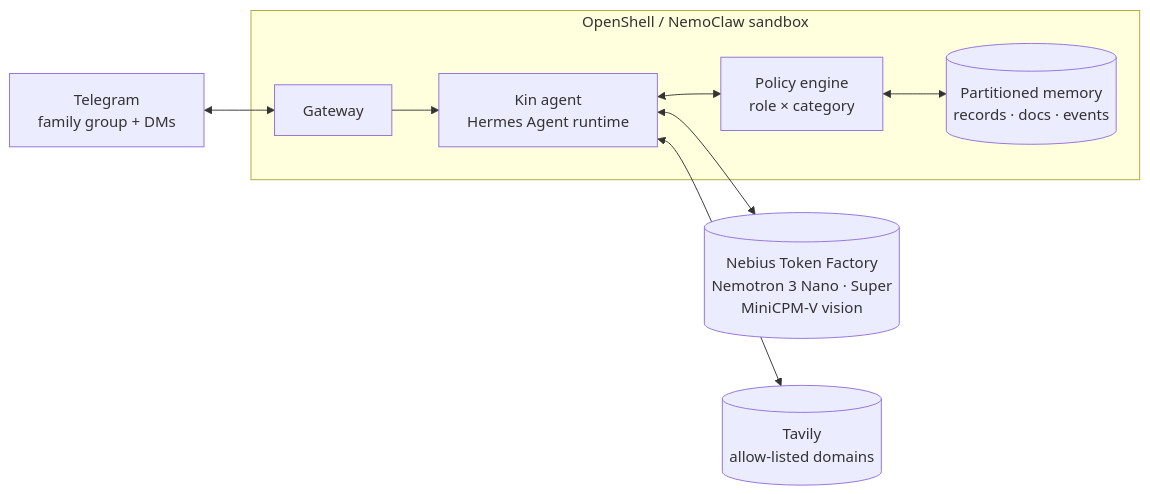
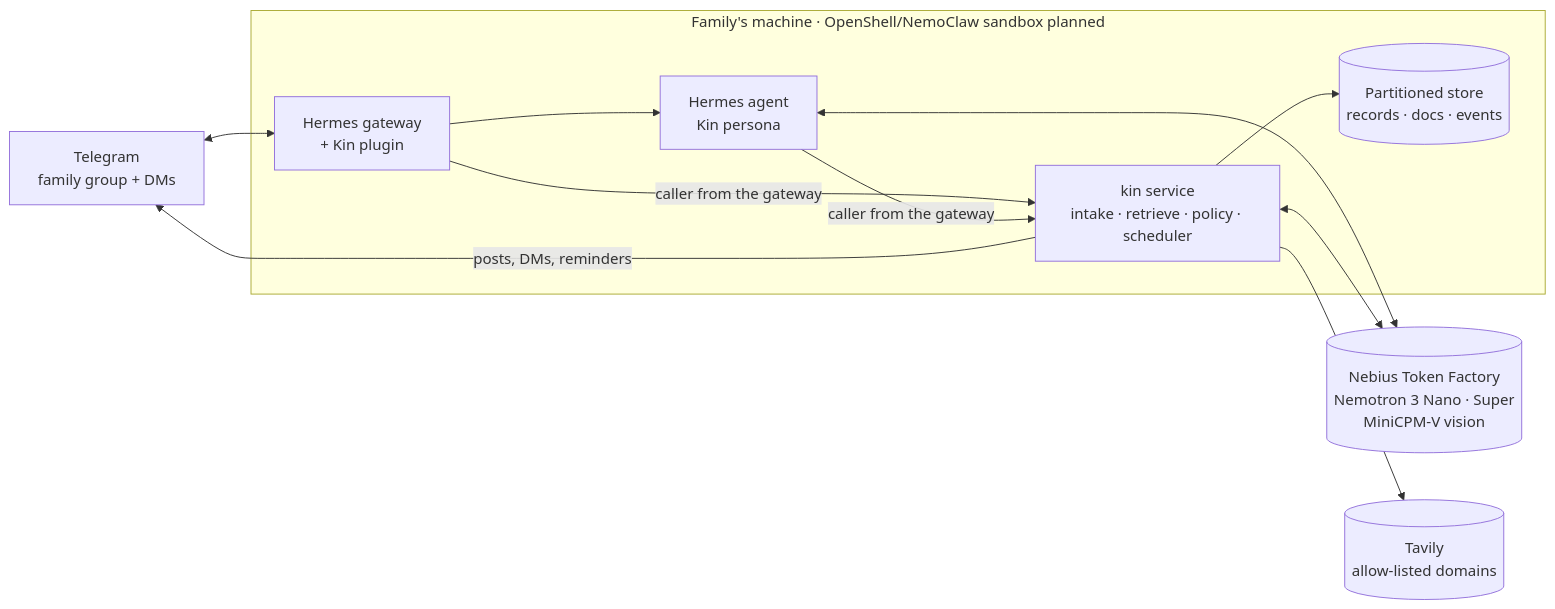
Before and after one commit to wenhao7/kin: the diagram in README.md, drawn with Mermaid. The commit also changed other lines of this file and 13 other files, not shown here.

Commit message:
docs: design the Hermes-Kin bridge and fold it into the plan

````diff
--- a/README.md
+++ b/README.md
@@ -37,15 +37,16 @@
 ```mermaid
 flowchart LR
-    TG[Telegram<br/>family group + DMs] <--> GW[Gateway]
-    GW --> AG[Kin agent<br/>Hermes Agent runtime]
-    AG <--> PE[Policy engine<br/>role × category]
-    PE <--> MEM[(Partitioned memory<br/>records · docs · events)]
-    AG <--> TF[(Nebius Token Factory<br/>Nemotron 3 Nano · Super<br/>MiniCPM-V vision)]
-    AG <--> TV[(Tavily<br/>allow-listed domains)]
-    subgraph OS["OpenShell / NemoClaw sandbox"]
+    TG[Telegram<br/>family group + DMs] <--> GW[Hermes gateway<br/>+ Kin plugin]
+    GW --> AG[Hermes agent<br/>Kin persona]
+    GW & AG -->|caller from the gateway| KIN[kin service<br/>intake · retrieve · policy · scheduler]
+    KIN --> MEM[(Partitioned store<br/>records · docs · events)]
+    KIN -->|posts, DMs, reminders| TG
+    AG & KIN <--> TF[(Nebius Token Factory<br/>Nemotron 3 Nano · Super<br/>MiniCPM-V vision)]
+    KIN --> TV[(Tavily<br/>allow-listed domains)]
+    subgraph Host["Family's machine · OpenShell/NemoClaw sandbox planned"]
         GW
         AG
-        PE
+        KIN
         MEM
     end
 ```
````
